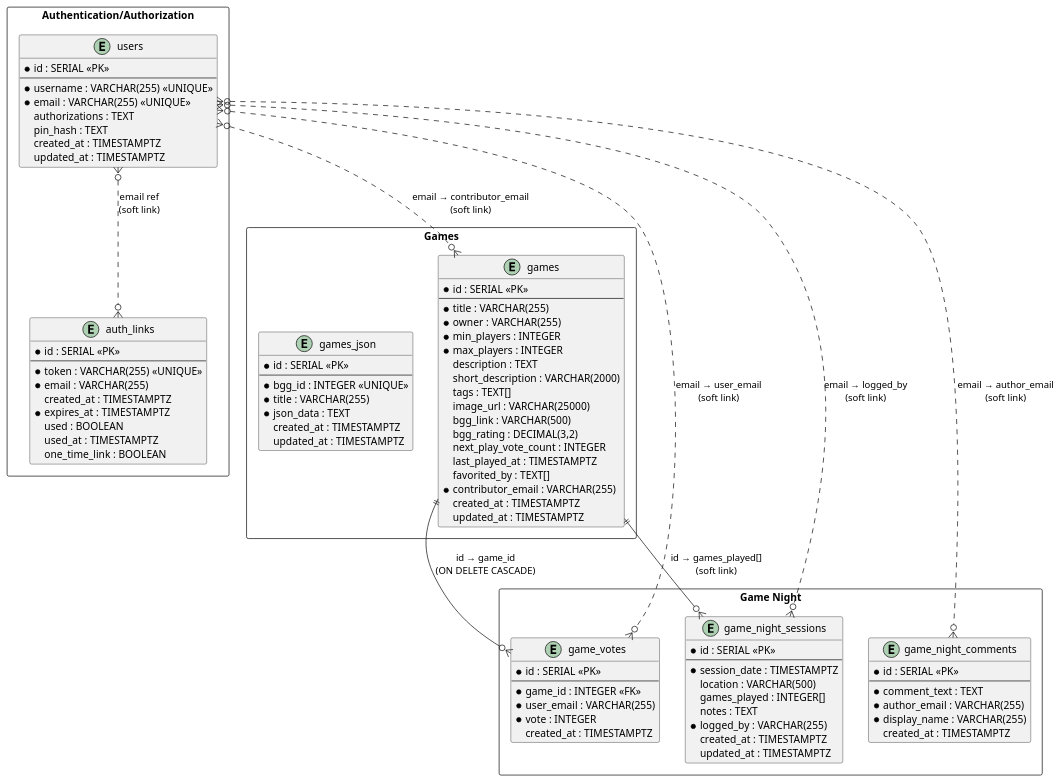
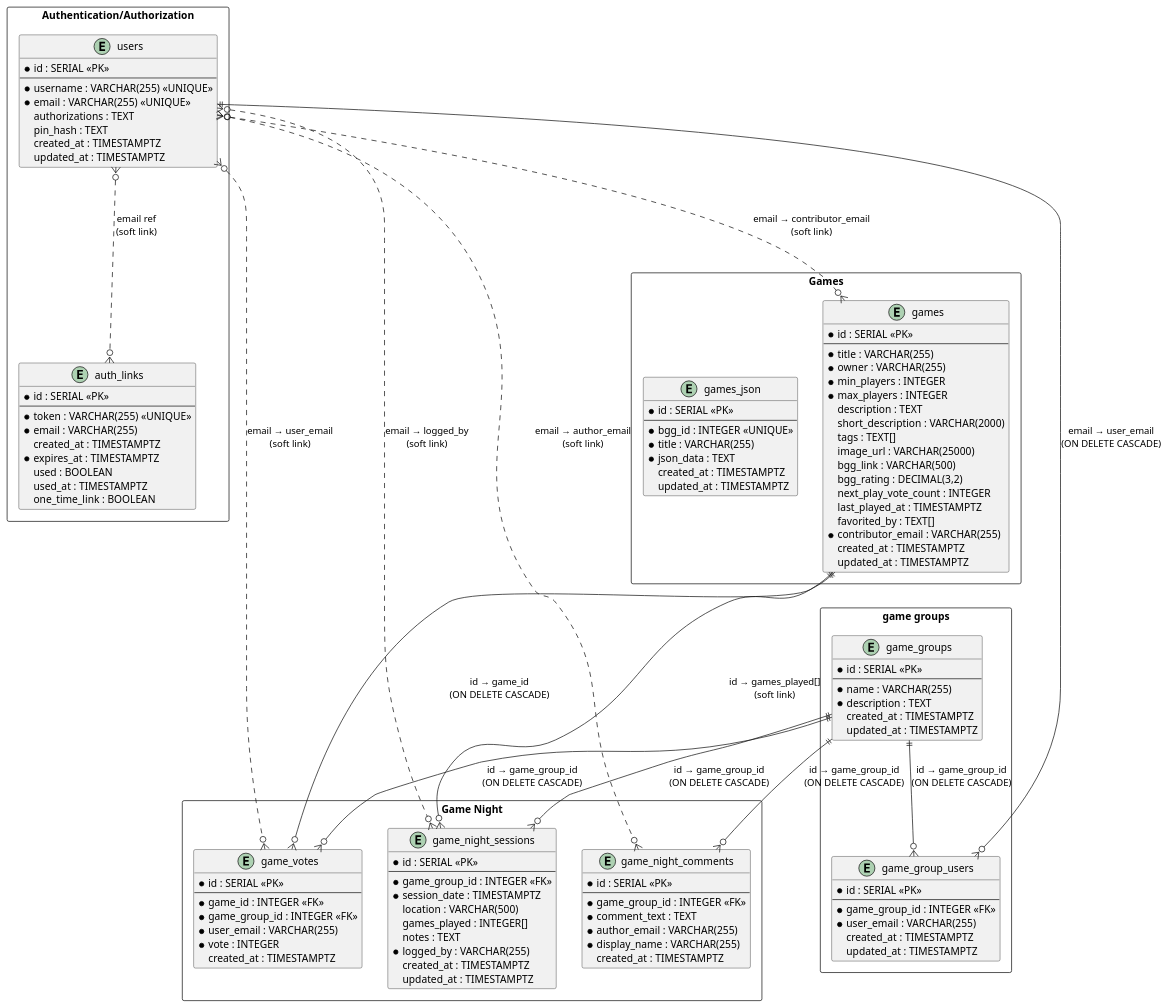
One commit to leshmark/gamegroup changed the sixth of 7 diagrams in Game Group Site.md. Above: the diagram before and after it, drawn with PlantUML. The commit also changed other lines of this file and 7 other files, not shown here.

````diff
--- a/Game Group Site.md
+++ b/Game Group Site.md
@@ -892,6 +892,7 @@
         * id : SERIAL <<PK>>
         --
         * game_id : INTEGER <<FK>>
+        * game_group_id : INTEGER <<FK>>
         * user_email : VARCHAR(255)
         * vote : INTEGER
         created_at : TIMESTAMPTZ
@@ -899,6 +900,7 @@
     entity "game_night_sessions" {
         * id : SERIAL <<PK>>
         --
+        * game_group_id : INTEGER <<FK>>
         * session_date : TIMESTAMPTZ
         location : VARCHAR(500)
         games_played : INTEGER[]
@@ -911,6 +913,7 @@
     entity "game_night_comments" {
         * id : SERIAL <<PK>>
         --
+        * game_group_id : INTEGER <<FK>>
         * comment_text : TEXT
         * author_email : VARCHAR(255)
         * display_name : VARCHAR(255)
@@ -918,12 +921,36 @@
     }
 }
 
-games ||--o{ game_votes : "id → game_id\n(ON DELETE CASCADE)"
-games ||--o{ game_night_sessions : "id → games_played[]\n(soft link)"
-users }o..o{ auth_links : "email ref\n(soft link)"
-users }o..o{ games : "email → contributor_email\n(soft link)"
-users }o..o{ game_votes : "email → user_email\n(soft link)"
-users }o..o{ game_night_sessions : "email → logged_by\n(soft link)"
-users }o..o{ game_night_comments : "email → author_email\n(soft link)"
+rectangle "game groups" {
+    entity "game_group_users" {
+        * id : SERIAL <<PK>>
+        --
+        * game_group_id : INTEGER <<FK>>
+        * user_email : VARCHAR(255)
+        created_at : TIMESTAMPTZ
+        updated_at : TIMESTAMPTZ
+    }
+    entity "game_groups" {
+        * id : SERIAL <<PK>>
+        --
+        * name : VARCHAR(255)
+        * description : TEXT
+        created_at : TIMESTAMPTZ
+        updated_at : TIMESTAMPTZ
+    }
+}
+
+games ||---o{ game_votes : "id → game_id\n(ON DELETE CASCADE)"
+games ||---o{ game_night_sessions : "id → games_played[]\n(soft link)"
+users }o...o{ auth_links : "email ref\n(soft link)"
+users }o...o{ games : "email → contributor_email\n(soft link)"
+users }o...o{ game_votes : "email → user_email\n(soft link)"
+users }o...o{ game_night_sessions : "email → logged_by\n(soft link)"
+users }o...o{ game_night_comments : "email → author_email\n(soft link)"
+users ||---o{ game_group_users : "email → user_email\n(ON DELETE CASCADE)"
+game_groups ||--o{ game_group_users : "id → game_group_id\n(ON DELETE CASCADE)"
+game_groups ||--o{ game_night_sessions : "id → game_group_id\n(ON DELETE CASCADE)"
+game_groups ||--o{ game_night_comments : "id → game_group_id\n(ON DELETE CASCADE)"
+game_groups ||--o{ game_votes : "id → game_group_id\n(ON DELETE CASCADE)"
 @enduml
 ```
````
